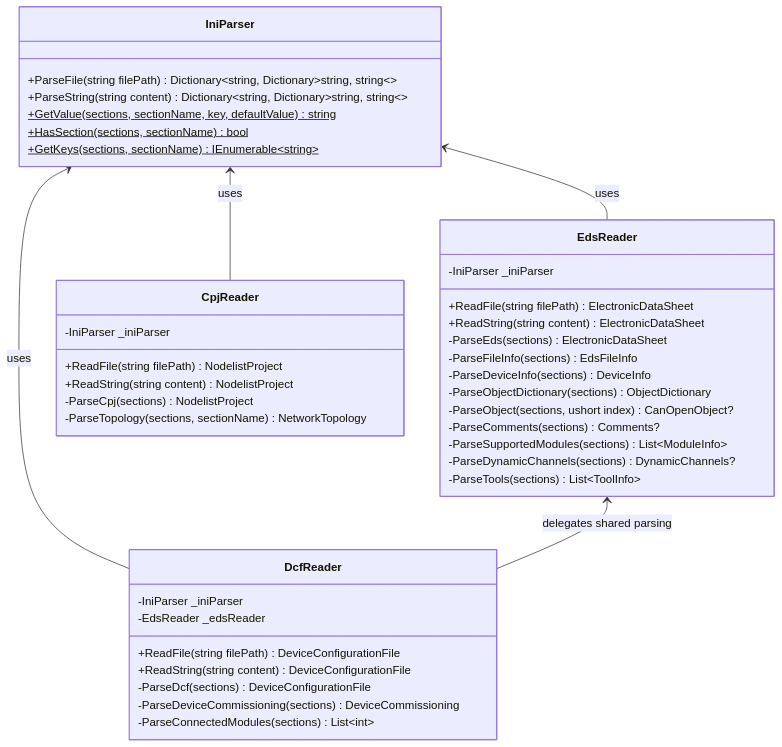
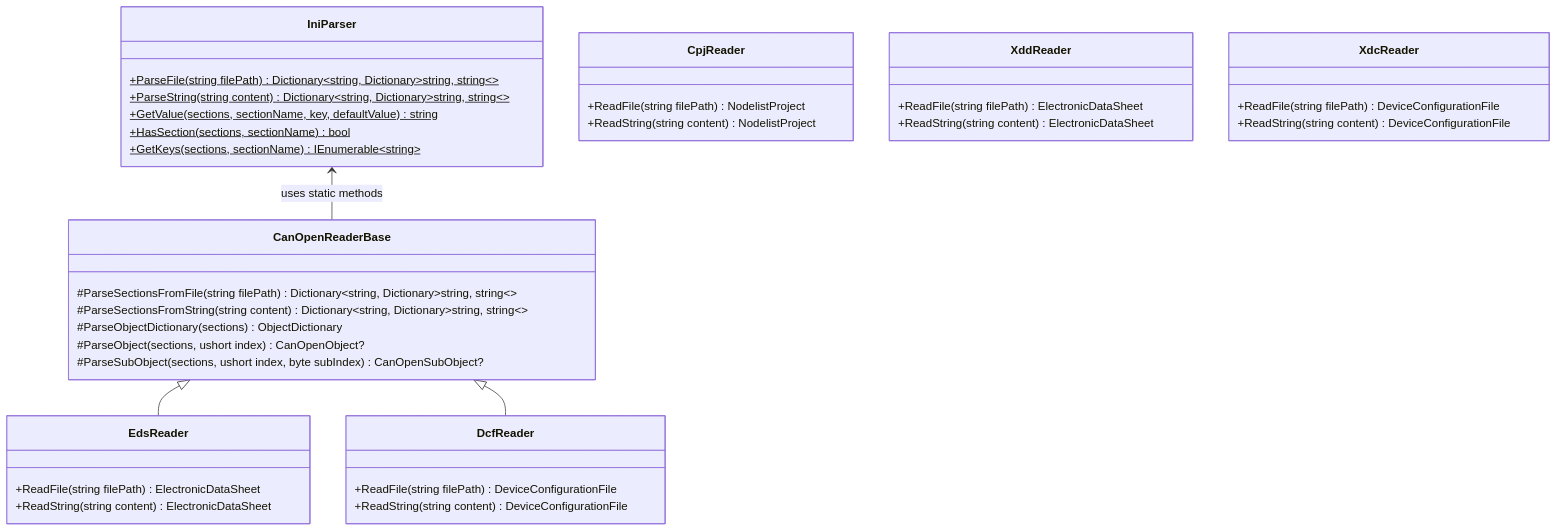
One commit to dborgards/eds-dcf-net changed the second of 7 diagrams in docs/architecture/05-building-block-view.md. Above: the diagram before and after it, drawn with Mermaid. The commit also changed other lines of this file and 14 other files, not shown here.

Commit message:
docs: align readme and architecture with current format support (#65)

````diff
--- a/docs/architecture/05-building-block-view.md
+++ b/docs/architecture/05-building-block-view.md
@@ -55,48 +59,47 @@
 ```mermaid
 classDiagram
     class IniParser {
-        +ParseFile(string filePath) Dictionary~string, Dictionary~string, string~~
-        +ParseString(string content) Dictionary~string, Dictionary~string, string~~
+        +ParseFile(string filePath) Dictionary~string, Dictionary~string, string~~$
+        +ParseString(string content) Dictionary~string, Dictionary~string, string~~$
         +GetValue(sections, sectionName, key, defaultValue) string$
         +HasSection(sections, sectionName) bool$
         +GetKeys(sections, sectionName) IEnumerable~string~$
     }
 
+    class CanOpenReaderBase {
+        #ParseSectionsFromFile(string filePath) Dictionary~string, Dictionary~string, string~~
+        #ParseSectionsFromString(string content) Dictionary~string, Dictionary~string, string~~
+        #ParseObjectDictionary(sections) ObjectDictionary
+        #ParseObject(sections, ushort index) CanOpenObject?
+        #ParseSubObject(sections, ushort index, byte subIndex) CanOpenSubObject?
+    }
+
     class EdsReader {
-        -IniParser _iniParser
         +ReadFile(string filePath) ElectronicDataSheet
         +ReadString(string content) ElectronicDataSheet
-        -ParseEds(sections) ElectronicDataSheet
-        -ParseFileInfo(sections) EdsFileInfo
-        -ParseDeviceInfo(sections) DeviceInfo
-        -ParseObjectDictionary(sections) ObjectDictionary
-        -ParseObject(sections, ushort index) CanOpenObject?
-        -ParseComments(sections) Comments?
-        -ParseSupportedModules(sections) List~ModuleInfo~
-        -ParseDynamicChannels(sections) DynamicChannels?
-        -ParseTools(sections) List~ToolInfo~
     }
 
     class DcfReader {
-        -IniParser _iniParser
-        -EdsReader _edsReader
         +ReadFile(string filePath) DeviceConfigurationFile
         +ReadString(string content) DeviceConfigurationFile
-        -ParseDcf(sections) DeviceConfigurationFile
-        -ParseDeviceCommissioning(sections) DeviceCommissioning
-        -ParseConnectedModules(sections) List~int~
     }
 
     class CpjReader {
-        -IniParser _iniParser
         +ReadFile(string filePath) NodelistProject
         +ReadString(string content) NodelistProject
-        -ParseCpj(sections) NodelistProject
-        -ParseTopology(sections, sectionName) NetworkTopology
     }
 
-    IniParser <-- EdsReader : uses
-    IniParser <-- DcfReader : uses
-    IniParser <-- CpjReader : uses
-    EdsReader <-- DcfReader : delegates shared parsing
+    class XddReader {
+        +ReadFile(string filePath) ElectronicDataSheet
+        +ReadString(string content) ElectronicDataSheet
+    }
+
+    class XdcReader {
+        +ReadFile(string filePath) DeviceConfigurationFile
+        +ReadString(string content) DeviceConfigurationFile
+    }
+
+    IniParser <-- CanOpenReaderBase : uses static methods
+    CanOpenReaderBase <|-- EdsReader
+    CanOpenReaderBase <|-- DcfReader
 ```
````
